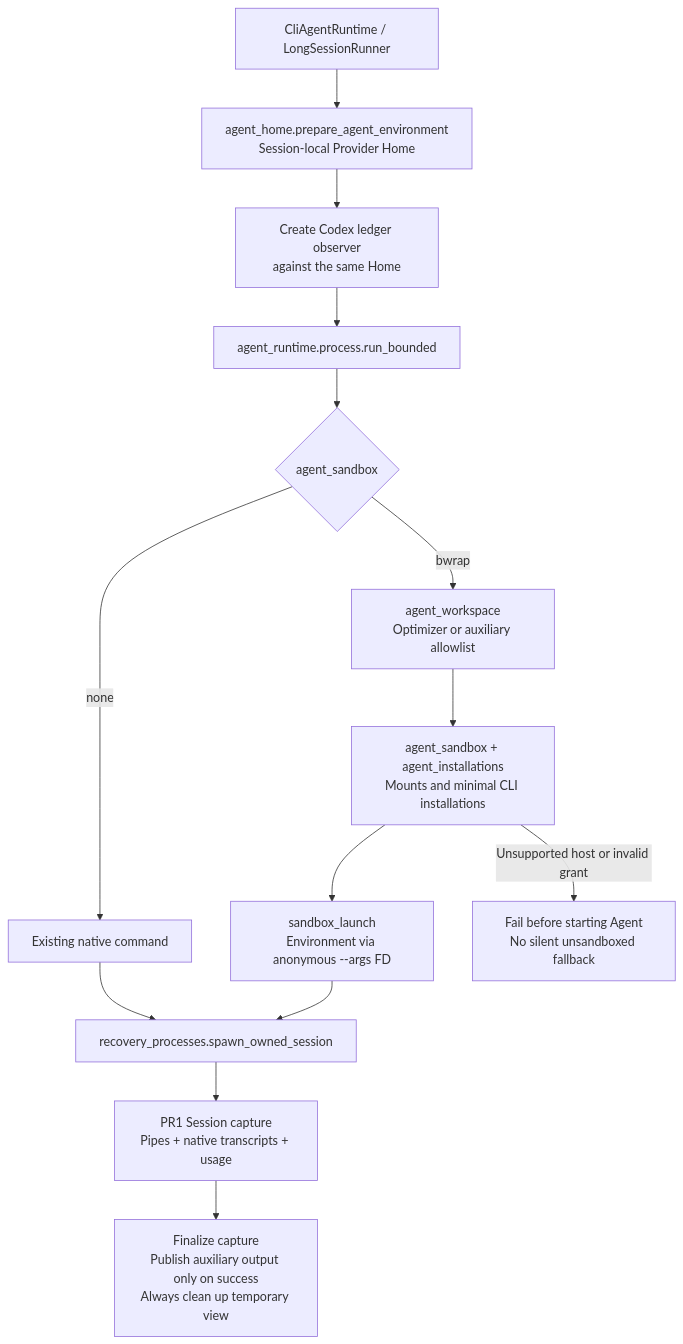
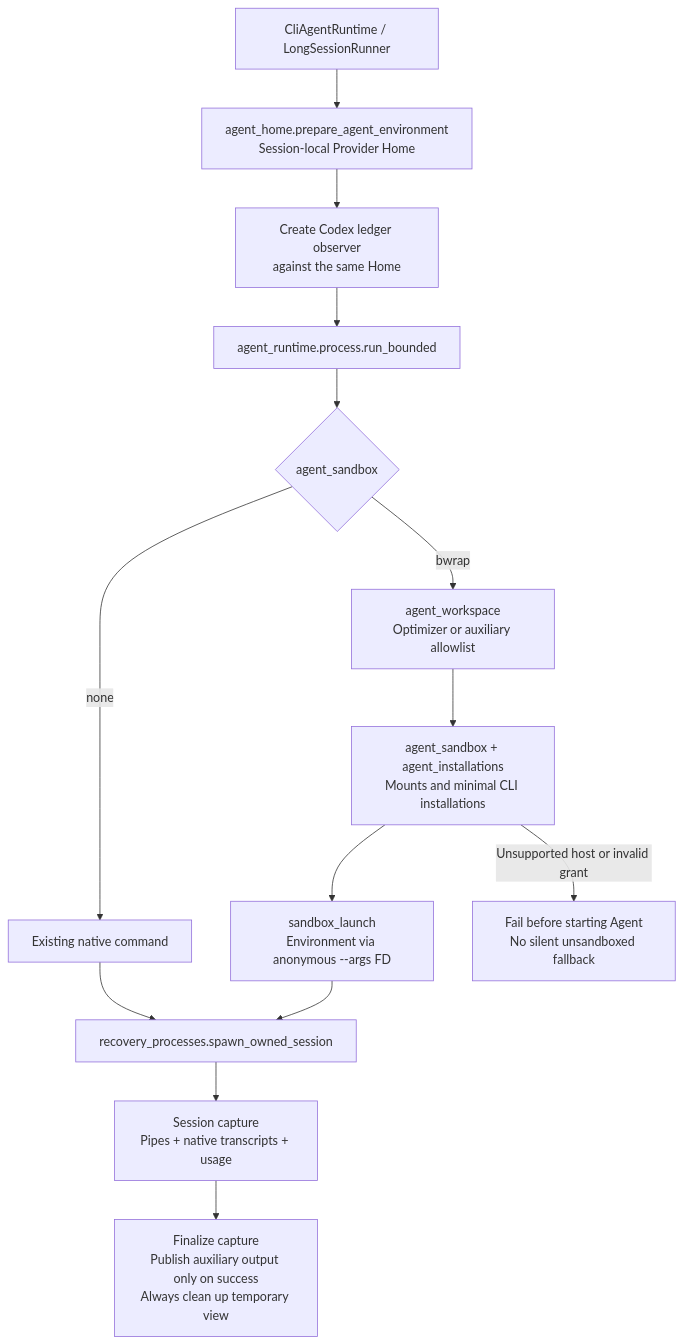
Before and after one commit to alibaba/atrex-kernel-agent: the diagram in docs/agent-workspace-isolation.md, drawn with Mermaid. The commit also changed other lines of this file and 28 other files, not shown here.

````diff
--- a/docs/agent-workspace-isolation.md
+++ b/docs/agent-workspace-isolation.md
@@ -9,16 +9,16 @@
 ```mermaid
 flowchart TD
     ENTRY["CliAgentRuntime / LongSessionRunner"] --> HOME["agent_home.prepare_agent_environment<br/>Session-local Provider Home"]
     HOME --> OBS["Create Codex ledger observer<br/>against the same Home"]
     OBS --> RUN["agent_runtime.process.run_bounded"]
     RUN --> MODE{"agent_sandbox"}
     MODE -->|none| NATIVE["Existing native command"]
     MODE -->|bwrap| VIEW["agent_workspace<br/>Optimizer or auxiliary allowlist"]
     VIEW --> WRAP["agent_sandbox + agent_installations<br/>Mounts and minimal CLI installations"]
     WRAP --> FD["sandbox_launch<br/>Environment via anonymous --args FD"]
     FD --> SPAWN["recovery_processes.spawn_owned_session"]
     NATIVE --> SPAWN
-    SPAWN --> CAPTURE["PR1 Session capture<br/>Pipes + native transcripts + usage"]
+    SPAWN --> CAPTURE["Session capture<br/>Pipes + native transcripts + usage"]
     CAPTURE --> EXIT["Finalize capture<br/>Publish auxiliary output only on success<br/>Always clean up temporary view"]
     WRAP -->|Unsupported host or invalid grant| FAIL["Fail before starting Agent<br/>No silent unsandboxed fallback"]
 ```
````
